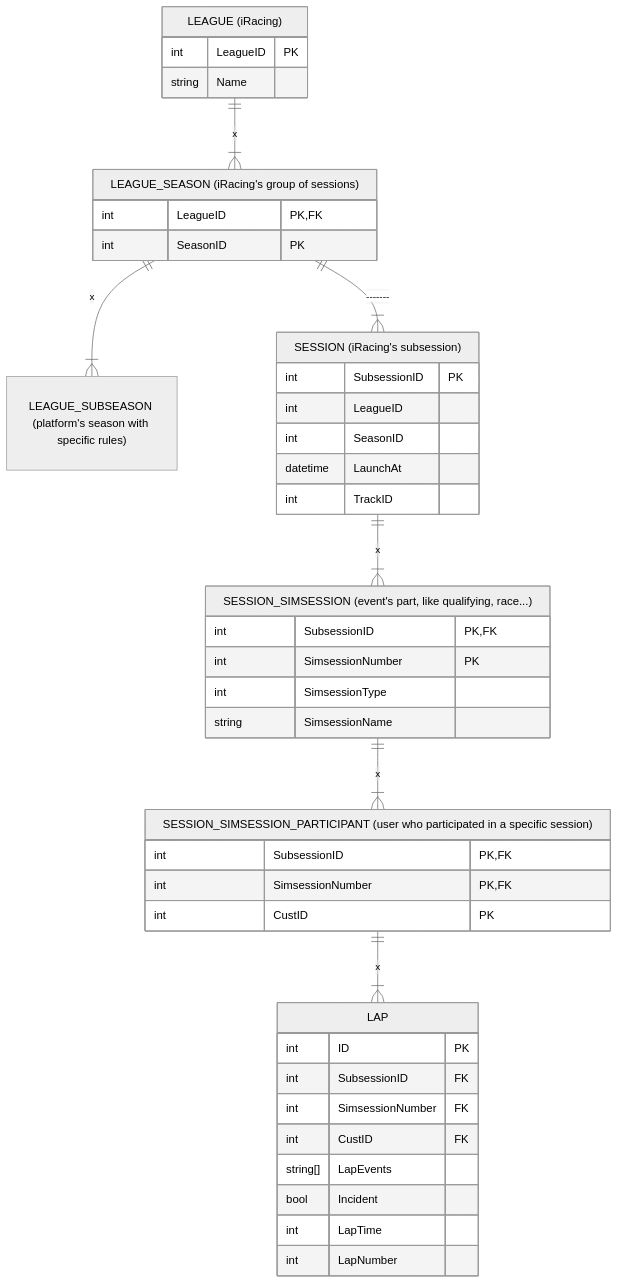
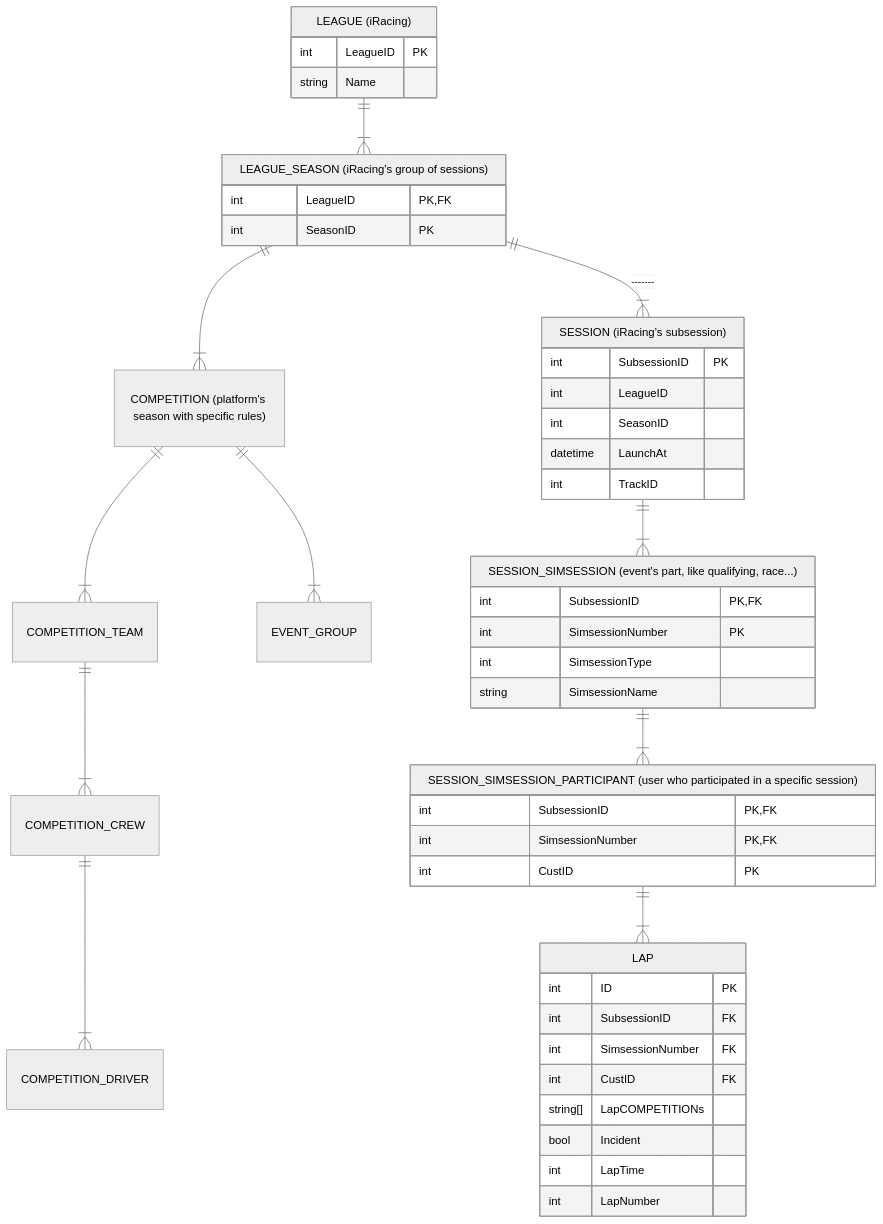
Before and after one commit to riccardotornesello/sharedtelemetry-iracing-scraper: the first of 2 diagrams in package/events/README.md, drawn with Mermaid (neutral theme). The commit also changed 6 other files, not shown here.

````diff
--- a/package/events/README.md
+++ b/package/events/README.md
@@ -25,48 +25,60 @@
 ```mermaid
 erDiagram
     LEAGUE["LEAGUE (iRacing)"] {
         int LeagueID PK
         string Name
     }
     LEAGUE_SEASON["LEAGUE_SEASON (iRacing's group of sessions)"] {
         int LeagueID PK,FK
         int SeasonID PK
     }
-    LEAGUE_SUBSEASON["LEAGUE_SUBSEASON (platform's season with specific rules)"]
+
+    COMPETITION["COMPETITION (platform's season with specific rules)"]
+    COMPETITION_DRIVER
+    COMPETITION_TEAM
+    COMPETITION_CREW
+    EVENT_GROUP
+
     SESSION["SESSION (iRacing's subsession)"] {
         int SubsessionID PK
         int LeagueID
         int SeasonID
         datetime LaunchAt
         int TrackID
     }
     SESSION_SIMSESSION["SESSION_SIMSESSION (event's part, like qualifying, race...)"] {
         int SubsessionID PK,FK
         int SimsessionNumber PK
         int SimsessionType
         string SimsessionName
     }
     SESSION_SIMSESSION_PARTICIPANT["SESSION_SIMSESSION_PARTICIPANT (user who participated in a specific session)"] {
         int SubsessionID PK,FK
         int SimsessionNumber PK,FK
         int CustID PK
     }
     LAP {
         int ID PK
         int SubsessionID FK
         int SimsessionNumber FK
         int CustID FK
-        string[] LapEvents
+        string[] LapCOMPETITIONs
         bool Incident
         int LapTime
         int LapNumber
     }
 
-    LEAGUE ||--|{ LEAGUE_SEASON: x
-    LEAGUE_SEASON ||--|{ LEAGUE_SUBSEASON: x
+    LEAGUE ||--|{ LEAGUE_SEASON: ""
+
+    LEAGUE_SEASON ||--|{ COMPETITION: ""
+    COMPETITION ||--|{ COMPETITION_TEAM: ""
+    COMPETITION_TEAM ||--|{ COMPETITION_CREW: ""
+    COMPETITION_CREW ||--|{ COMPETITION_DRIVER: ""
+
+    COMPETITION ||--|{ EVENT_GROUP: ""
 
     LEAGUE_SEASON ||--|{ SESSION: "-------"
-    SESSION ||--|{ SESSION_SIMSESSION: x
-    SESSION_SIMSESSION ||--|{ SESSION_SIMSESSION_PARTICIPANT: x
-    SESSION_SIMSESSION_PARTICIPANT ||--|{ LAP: x
+    SESSION ||--|{ SESSION_SIMSESSION: ""
+    SESSION_SIMSESSION ||--|{ SESSION_SIMSESSION_PARTICIPANT: ""
+    SESSION_SIMSESSION_PARTICIPANT ||--|{ LAP: ""
 ```
````
